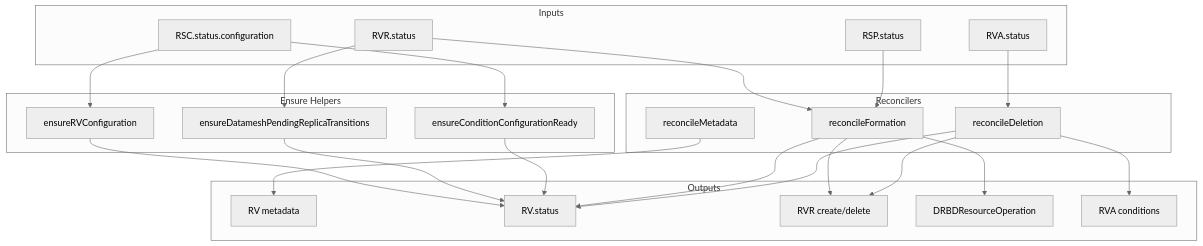
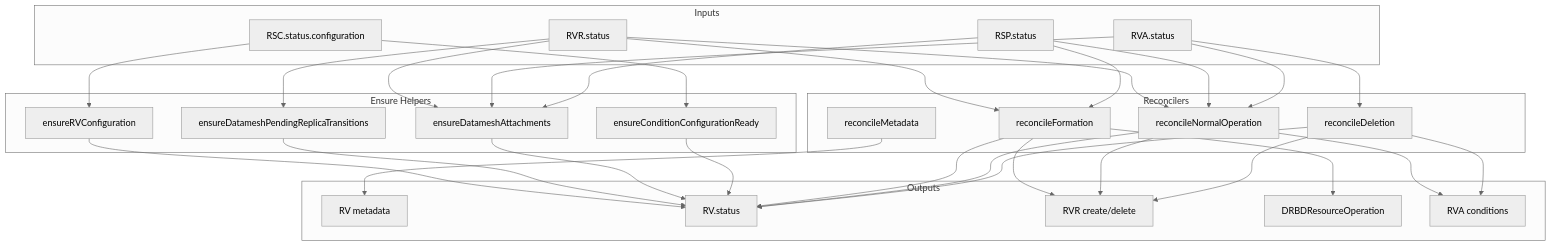
Before and after one commit to deckhouse/sds-replicated-volume: the second of 13 diagrams in images/controller/internal/controllers/rv_controller/README.md, drawn with Mermaid (neutral theme). The commit also changed other lines of this file and 79 other files, not shown here.

````diff
--- a/images/controller/internal/controllers/rv_controller/README.md
+++ b/images/controller/internal/controllers/rv_controller/README.md
@@ -225,47 +351,59 @@
 ```mermaid
 flowchart TD
     subgraph inputs [Inputs]
         RSCStatus[RSC.status.configuration]
         RSP[RSP.status]
         RVRStatus[RVR.status]
         RVAStatus[RVA.status]
     end
 
     subgraph reconcilers [Reconcilers]
         ReconcileMeta[reconcileMetadata]
         ReconcileFormation[reconcileFormation]
+        ReconcileNormalOp[reconcileNormalOperation]
         ReconcileDeletion[reconcileDeletion]
     end
 
     subgraph ensures [Ensure Helpers]
         EnsureConfig[ensureRVConfiguration]
         EnsurePending[ensureDatameshPendingReplicaTransitions]
+        EnsureAttachments[ensureDatameshAttachments]
         EnsureCondConfig[ensureConditionConfigurationReady]
     end
 
     subgraph outputs [Outputs]
         RVMeta[RV metadata]
         RVStatus[RV.status]
         RVRManaged[RVR create/delete]
         DRBDROp[DRBDResourceOperation]
         RVAConditions[RVA conditions]
     end
 
     RSCStatus --> EnsureConfig
     RSCStatus --> EnsureCondConfig
     RVRStatus --> EnsurePending
     RVRStatus --> ReconcileFormation
     RSP --> ReconcileFormation
+    RVRStatus --> ReconcileNormalOp
+    RSP --> ReconcileNormalOp
+    RVAStatus --> ReconcileNormalOp
     RVAStatus --> ReconcileDeletion
+    RVRStatus --> EnsureAttachments
+    RVAStatus --> EnsureAttachments
+    RSP --> EnsureAttachments
 
     ReconcileMeta --> RVMeta
     EnsureConfig --> RVStatus
     EnsurePending --> RVStatus
+    EnsureAttachments --> RVStatus
     EnsureCondConfig --> RVStatus
     ReconcileFormation --> RVStatus
     ReconcileFormation --> RVRManaged
     ReconcileFormation --> DRBDROp
+    ReconcileNormalOp --> RVStatus
+    ReconcileNormalOp --> RVRManaged
+    ReconcileNormalOp --> RVAConditions
     ReconcileDeletion --> RVAConditions
     ReconcileDeletion --> RVRManaged
     ReconcileDeletion --> RVStatus
 ```
````
